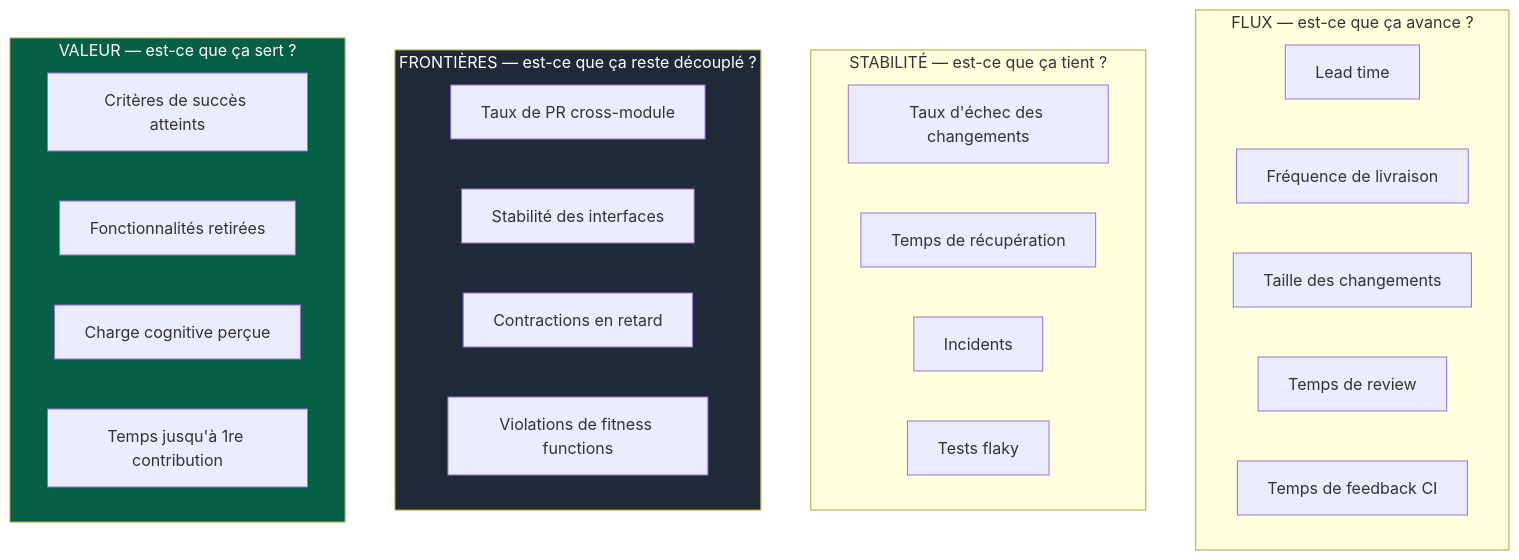
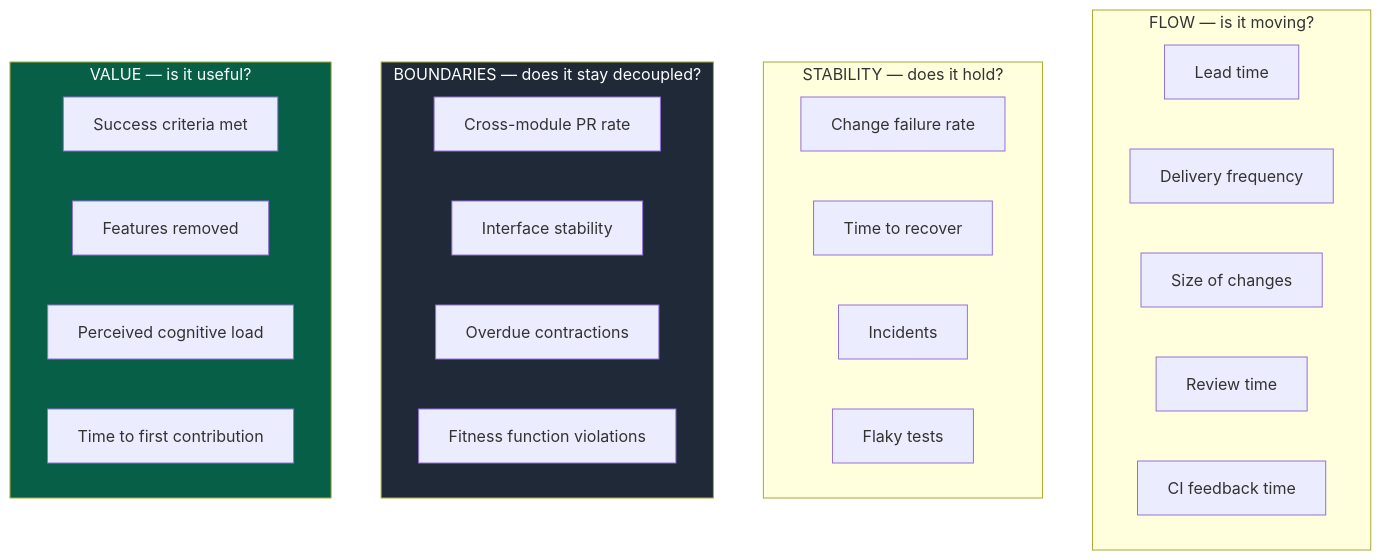
The first of 2 diagrams in skeleton/docs/os/10-measurement.md (NapkinStack/engineering-os), drawn with Mermaid before and after one commit. The commit also changed other lines of this file, not shown here.

````diff
--- a/skeleton/docs/os/10-measurement.md
+++ b/skeleton/docs/os/10-measurement.md
@@ -18,34 +18,34 @@
 ```mermaid
 flowchart TB
-    subgraph F1["FLUX — est-ce que ça avance ?"]
+    subgraph F1["FLOW — is it moving?"]
         A1["Lead time"]
-        A2["Fréquence de livraison"]
-        A3["Taille des changements"]
-        A4["Temps de review"]
-        A5["Temps de feedback CI"]
+        A2["Delivery frequency"]
+        A3["Size of changes"]
+        A4["Review time"]
+        A5["CI feedback time"]
     end
 
-    subgraph F2["STABILITÉ — est-ce que ça tient ?"]
-        B1["Taux d'échec des changements"]
-        B2["Temps de récupération"]
+    subgraph F2["STABILITY — does it hold?"]
+        B1["Change failure rate"]
+        B2["Time to recover"]
         B3["Incidents"]
-        B4["Tests flaky"]
+        B4["Flaky tests"]
     end
 
-    subgraph F3["FRONTIÈRES — est-ce que ça reste découplé ?"]
-        C1["Taux de PR cross-module"]
-        C2["Stabilité des interfaces"]
-        C3["Contractions en retard"]
-        C4["Violations de fitness functions"]
+    subgraph F3["BOUNDARIES — does it stay decoupled?"]
+        C1["Cross-module PR rate"]
+        C2["Interface stability"]
+        C3["Overdue contractions"]
+        C4["Fitness function violations"]
     end
 
-    subgraph F4["VALEUR — est-ce que ça sert ?"]
-        D1["Critères de succès atteints"]
-        D2["Fonctionnalités retirées"]
-        D3["Charge cognitive perçue"]
-        D4["Temps jusqu'à 1re contribution"]
+    subgraph F4["VALUE — is it useful?"]
+        D1["Success criteria met"]
+        D2["Features removed"]
+        D3["Perceived cognitive load"]
+        D4["Time to first contribution"]
     end
 
     style F3 fill:#1f2937,color:#fff
     style F4 fill:#065f46,color:#fff
 ```
````
